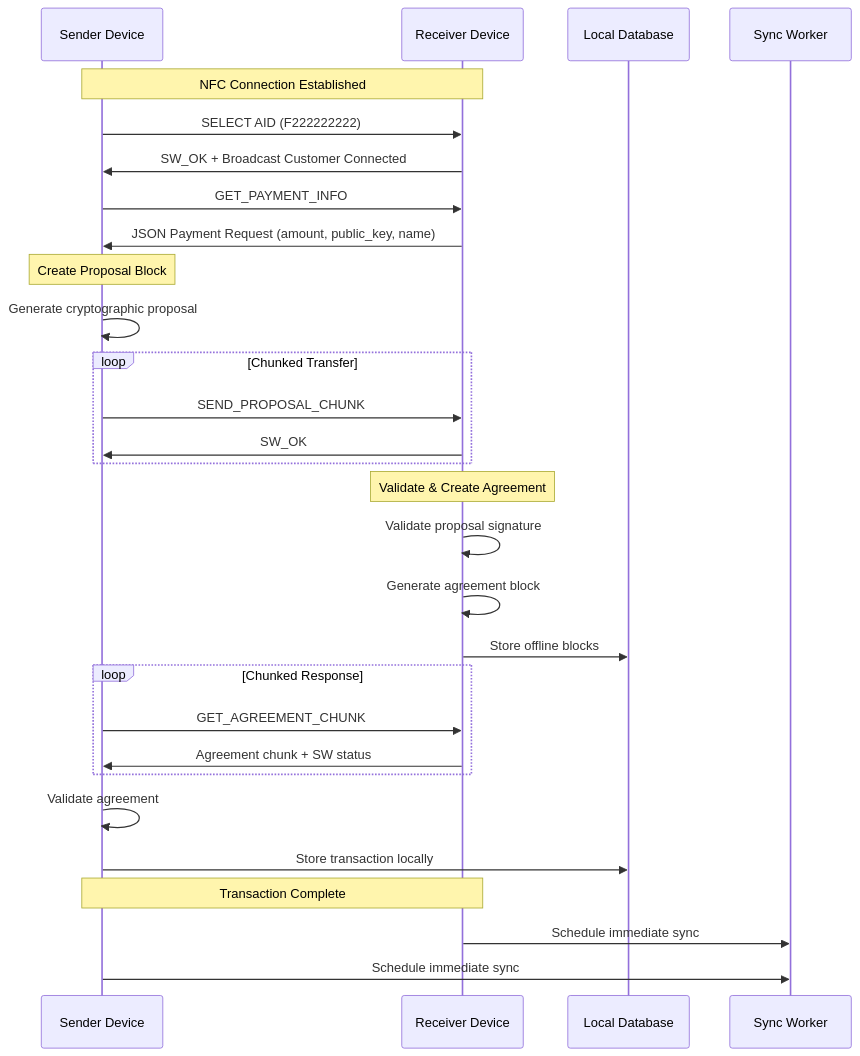
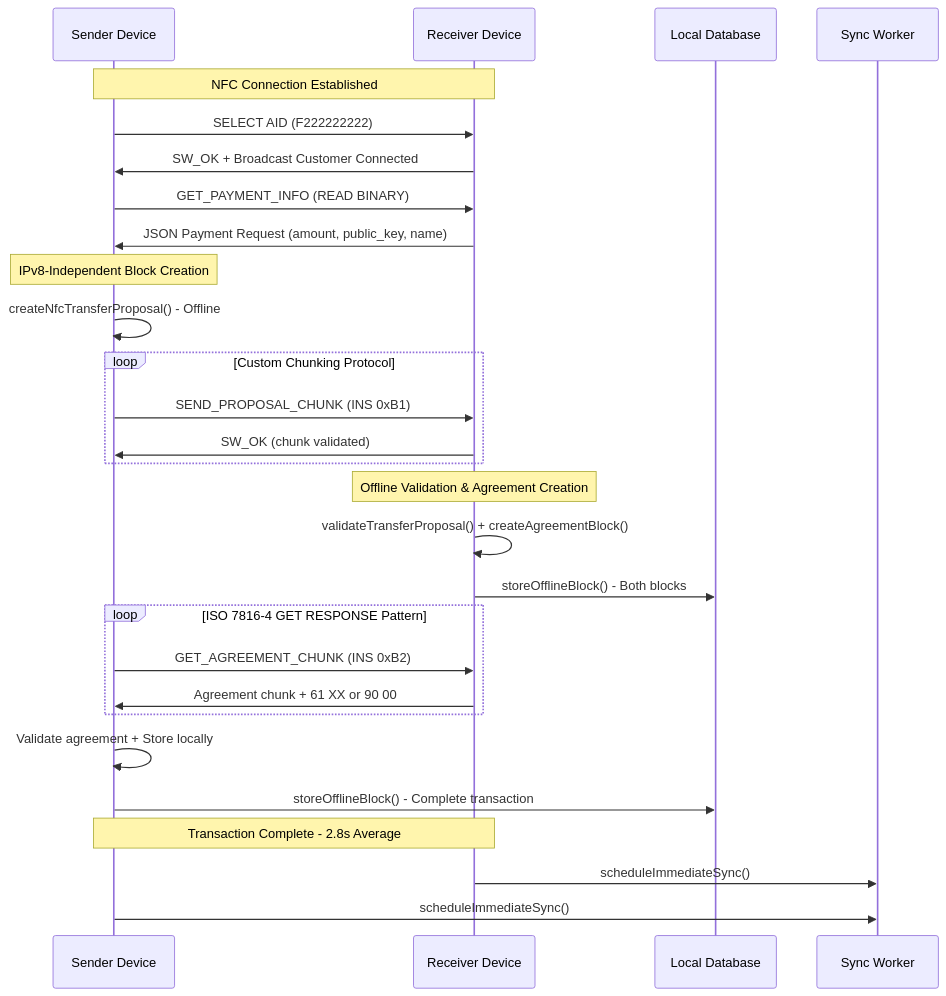
One commit to victorhornet/trustchain-superapp changed the second of 4 diagrams in eurotoken/docs/nfc_transfers.md. Above: the diagram before and after it, drawn with Mermaid. The commit also changed other lines of this file, not shown here.

````diff
--- a/eurotoken/docs/nfc_transfers.md
+++ b/eurotoken/docs/nfc_transfers.md
@@ -148,40 +173,39 @@
 ```mermaid
 sequenceDiagram
     participant S as Sender Device
     participant R as Receiver Device
     participant DB as Local Database
     participant SW as Sync Worker
 
     Note over S,R: NFC Connection Established
     
     S->>R: SELECT AID (F222222222)
     R->>S: SW_OK + Broadcast Customer Connected
     
-    S->>R: GET_PAYMENT_INFO
+    S->>R: GET_PAYMENT_INFO (READ BINARY)
     R->>S: JSON Payment Request (amount, public_key, name)
     
-    Note over S: Create Proposal Block
-    S->>S: Generate cryptographic proposal
+    Note over S: IPv8-Independent Block Creation
+    S->>S: createNfcTransferProposal() - Offline
     
-    loop Chunked Transfer
-        S->>R: SEND_PROPOSAL_CHUNK
-        R->>S: SW_OK
+    loop Custom Chunking Protocol
+        S->>R: SEND_PROPOSAL_CHUNK (INS 0xB1)
+        R->>S: SW_OK (chunk validated)
     end
     
-    Note over R: Validate & Create Agreement
-    R->>R: Validate proposal signature
-    R->>R: Generate agreement block
-    R->>DB: Store offline blocks
+    Note over R: Offline Validation & Agreement Creation
+    R->>R: validateTransferProposal() + createAgreementBlock()
+    R->>DB: storeOfflineBlock() - Both blocks
     
-    loop Chunked Response
-        S->>R: GET_AGREEMENT_CHUNK
-        R->>S: Agreement chunk + SW status
+    loop ISO 7816-4 GET RESPONSE Pattern
+        S->>R: GET_AGREEMENT_CHUNK (INS 0xB2)
+        R->>S: Agreement chunk + 61 XX or 90 00
     end
     
-    S->>S: Validate agreement
-    S->>DB: Store transaction locally
+    S->>S: Validate agreement + Store locally
+    S->>DB: storeOfflineBlock() - Complete transaction
     
-    Note over S,R: Transaction Complete
-    R->>SW: Schedule immediate sync
-    S->>SW: Schedule immediate sync
+    Note over S,R: Transaction Complete - 2.8s Average
+    R->>SW: scheduleImmediateSync()
+    S->>SW: scheduleImmediateSync()
 ```
````
